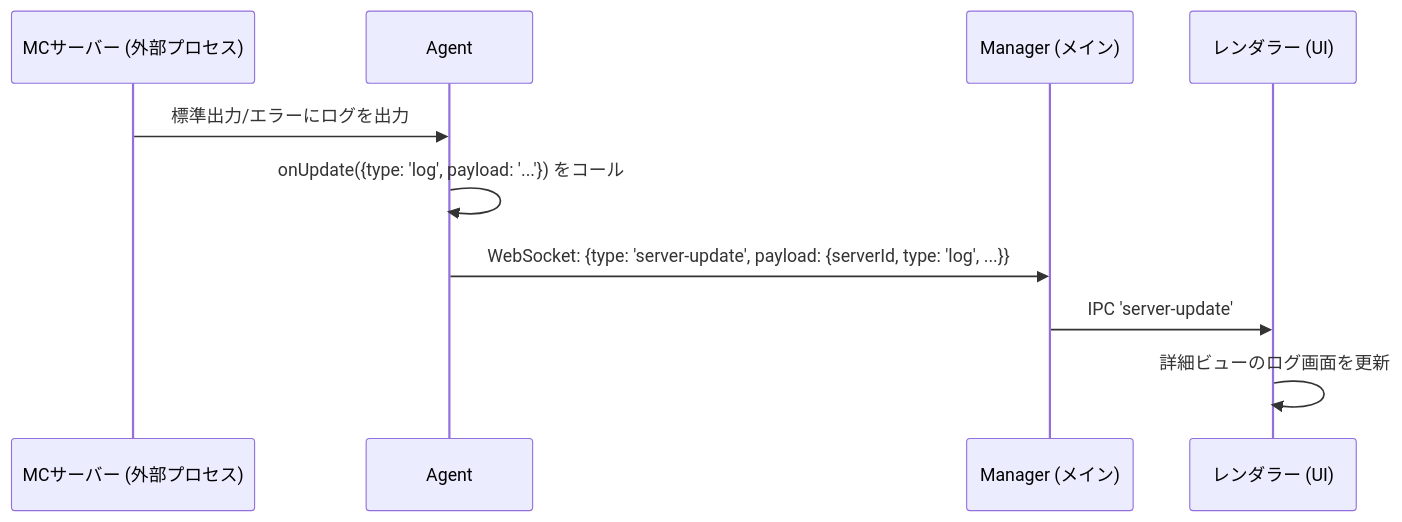
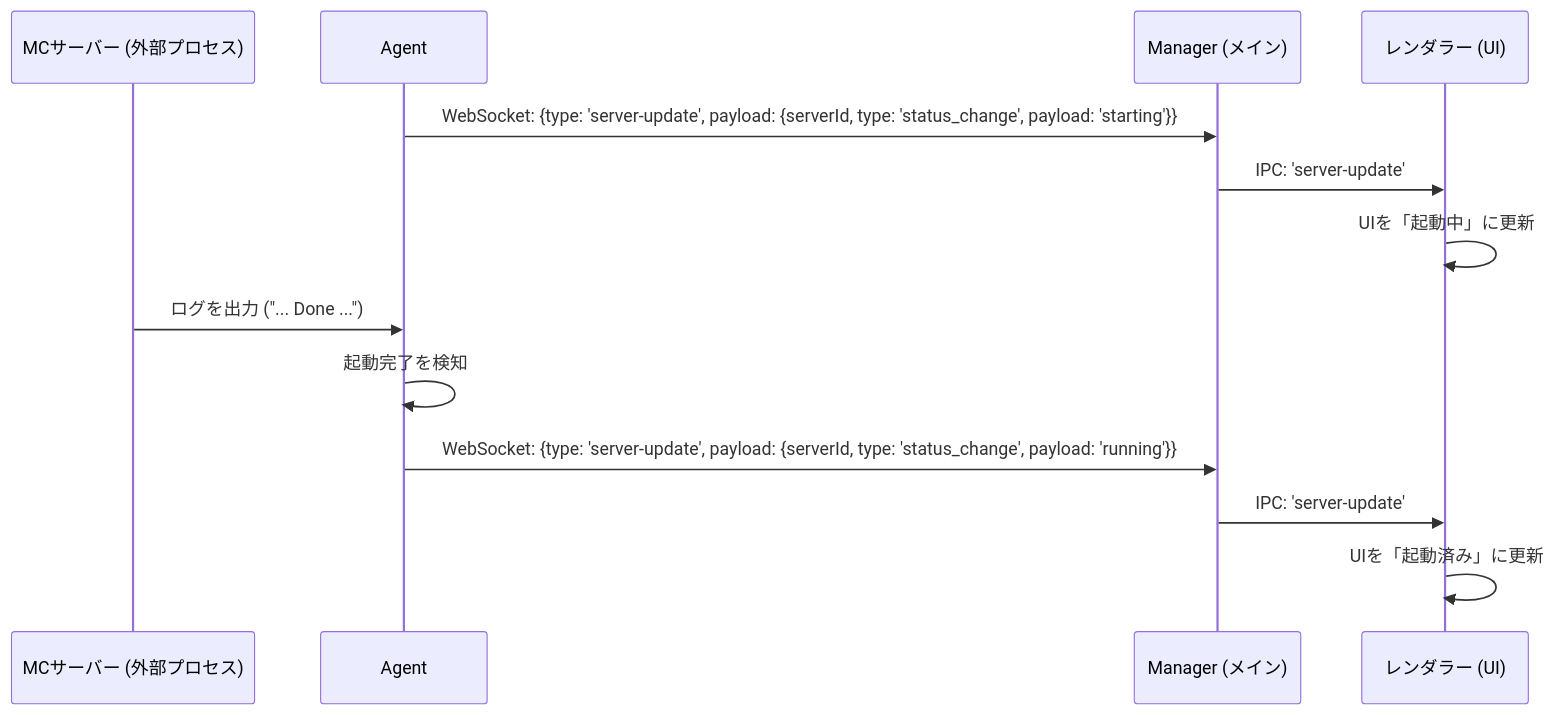
The third of 4 diagrams in markdown/docs/COMMUNICATION_FLOW.md (Nekolite-Studio/NL-ServerManager), drawn with Mermaid before and after one commit. The commit also changed other lines of this file and 9 other files, not shown here.

````diff
--- a/markdown/docs/COMMUNICATION_FLOW.md
+++ b/markdown/docs/COMMUNICATION_FLOW.md
@@ -77,13 +77,17 @@
 ```mermaid
 sequenceDiagram
     participant ServerProcess as MCサーバー (外部プロセス)
     participant Agent
     participant Main as Manager (メイン)
     participant Renderer as レンダラー (UI)
 
-    ServerProcess->>Agent: 標準出力/エラーにログを出力
-    Agent->>Agent: onUpdate({type: 'log', payload: '...'}) をコール
-    Agent->>Main: WebSocket: {type: 'server-update', payload: {serverId, type: 'log', ...}}
-    Main->>Renderer: IPC 'server-update'
-    Renderer->>Renderer: 詳細ビューのログ画面を更新
+    Agent->>Main: WebSocket: {type: 'server-update', payload: {serverId, type: 'status_change', payload: 'starting'}}
+    Main->>Renderer: IPC: 'server-update'
+    Renderer->>Renderer: UIを「起動中」に更新
+    
+    ServerProcess->>Agent: ログを出力 ("... Done ...")
+    Agent->>Agent: 起動完了を検知
+    Agent->>Main: WebSocket: {type: 'server-update', payload: {serverId, type: 'status_change', payload: 'running'}}
+    Main->>Renderer: IPC: 'server-update'
+    Renderer->>Renderer: UIを「起動済み」に更新
 ```
````
